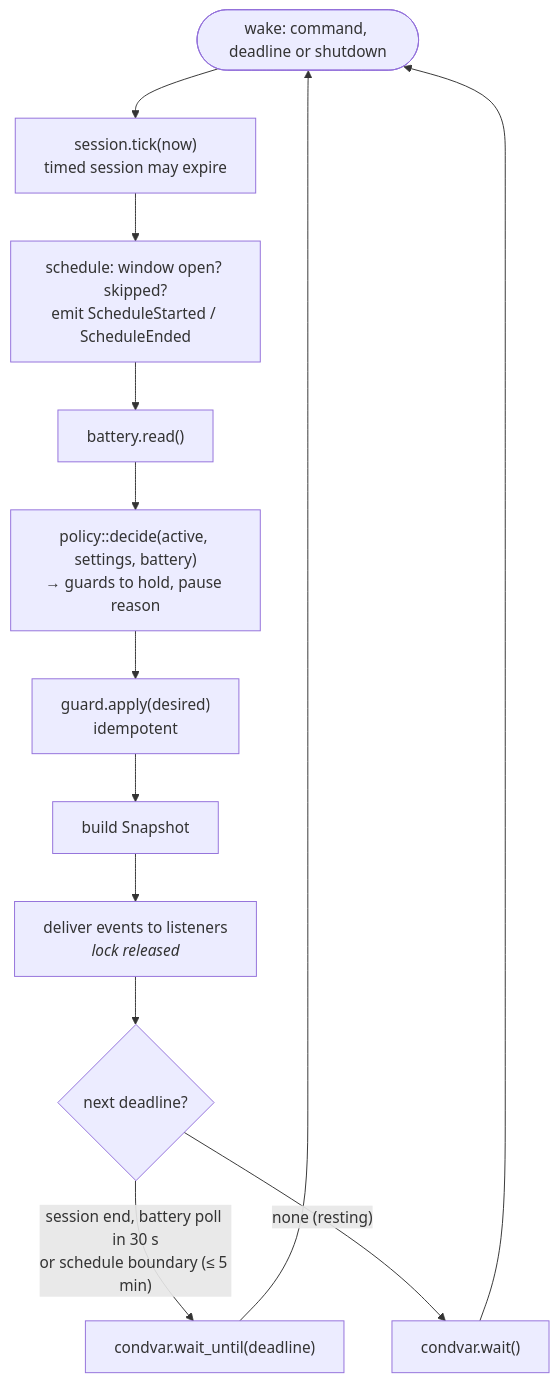
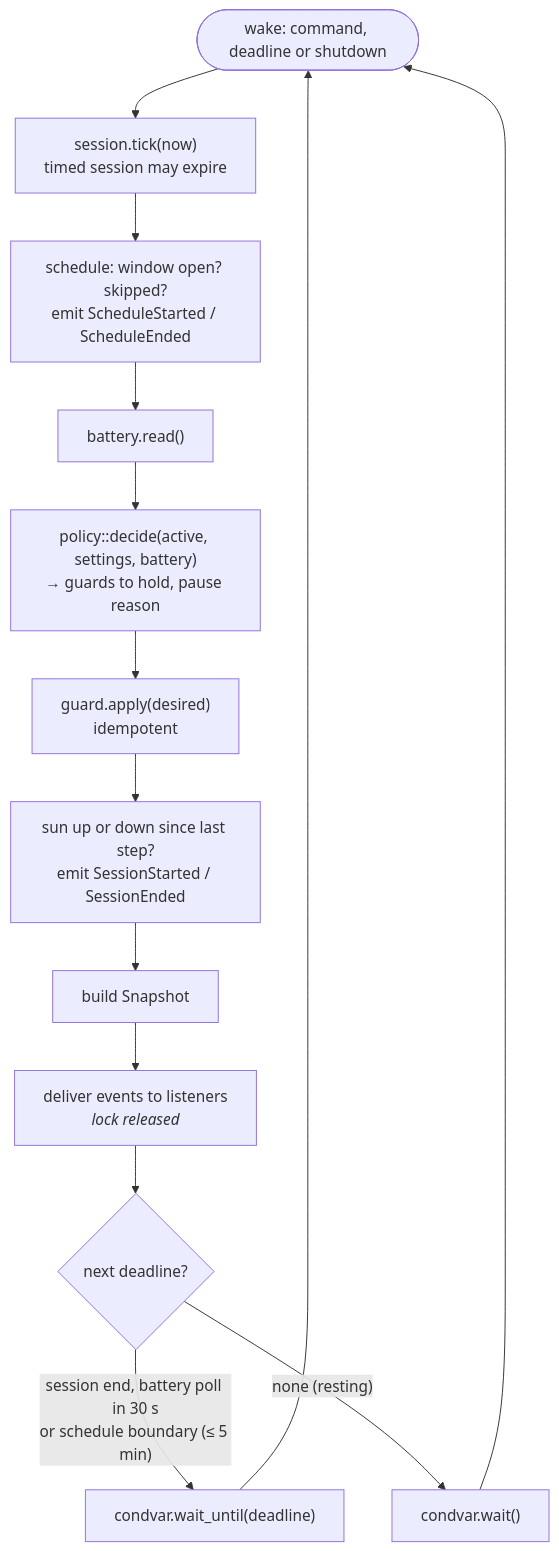
The fourth of 6 diagrams in docs/architecture.md (ax5hay/KeepMeAwake), drawn with Mermaid before and after one commit. The commit also changed other lines of this file and 4 other files, not shown here.

First line of the commit message:
docs: history in the guide, architecture and changelog

````diff
--- a/docs/architecture.md
+++ b/docs/architecture.md
@@ -113,15 +113,16 @@
 ```mermaid
 flowchart TD
     wake(["wake: command, deadline or shutdown"]) --> tick["session.tick(now)<br/>timed session may expire"]
     tick --> sched["schedule: window open? skipped?<br/>emit ScheduleStarted / ScheduleEnded"]
     sched --> bat["battery.read()"]
     bat --> decide["policy::decide(active, settings, battery)<br/>→ guards to hold, pause reason"]
     decide --> apply["guard.apply(desired)<br/>idempotent"]
-    apply --> snap["build Snapshot"]
+    apply --> sun["sun up or down since last step?<br/>emit SessionStarted / SessionEnded"]
+    sun --> snap["build Snapshot"]
     snap --> emit["deliver events to listeners<br/><i>lock released</i>"]
     emit --> next{"next deadline?"}
     next -->|"session end, battery poll in 30 s<br/>or schedule boundary (≤ 5 min)"| waitUntil["condvar.wait_until(deadline)"]
     next -->|"none (resting)"| waitAny["condvar.wait()"]
     waitUntil --> wake
     waitAny --> wake
 ```
````
